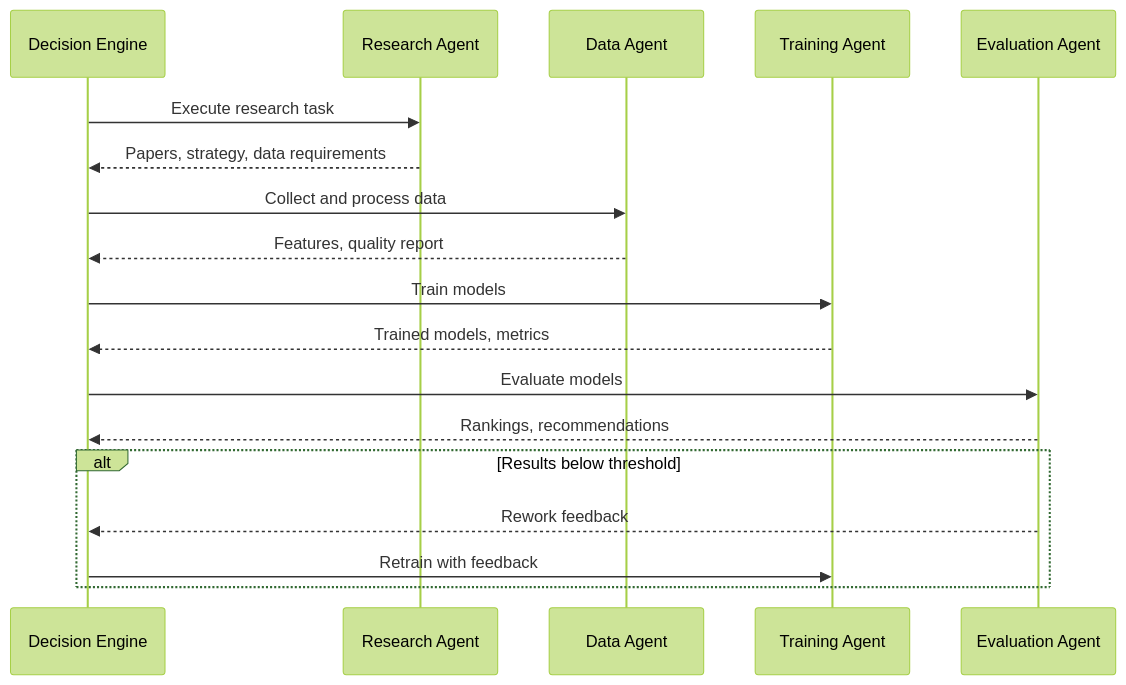
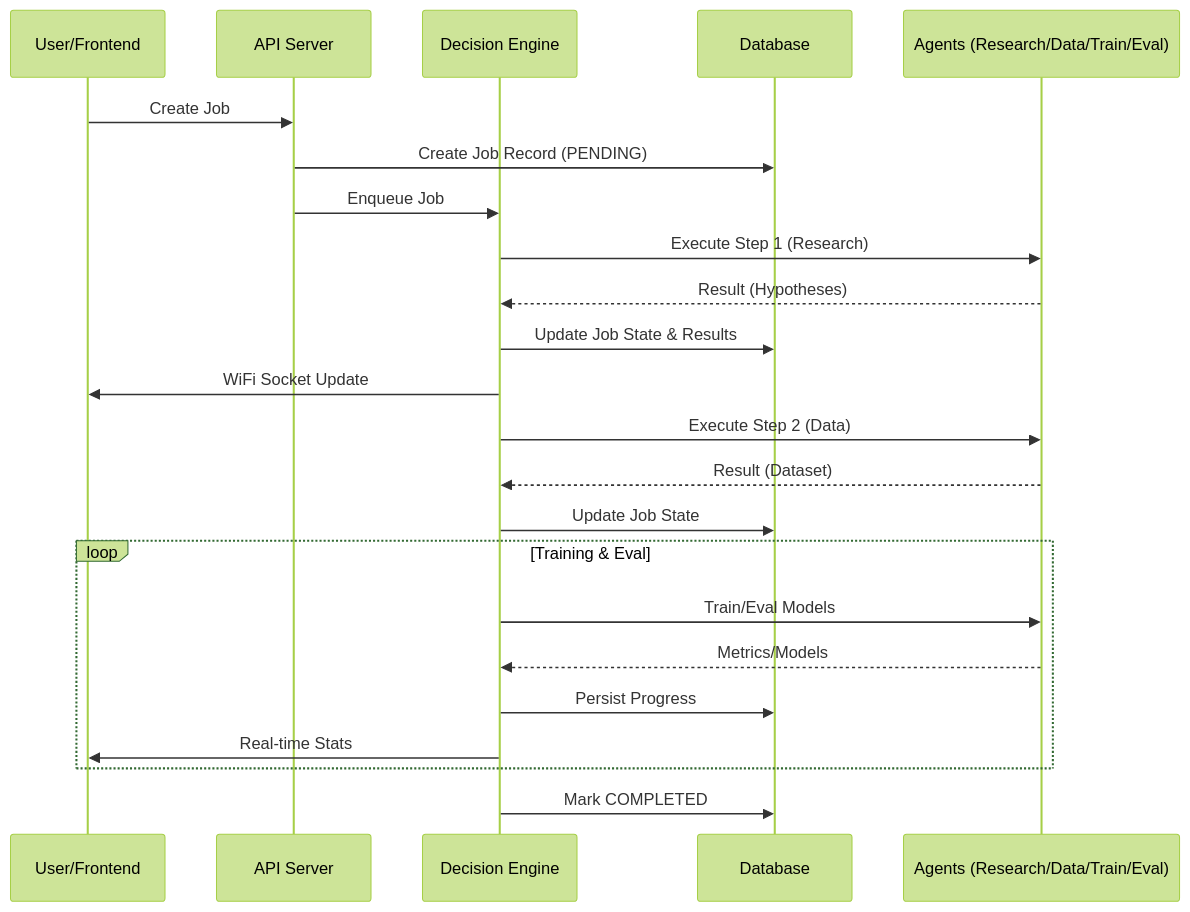
One commit to abhijithvs680/Advanced-Multi-Agent-AI-Research-Platform changed the diagram in docs/architecture.md. Above: the diagram before and after it, drawn with Mermaid (forest theme). The commit also changed other lines of this file and 33 other files, not shown here.

Commit message:
feat: Establish foundational multi-agent research assistant system with API, frontend, agents, and orchestration, and update project documentation.

````diff
--- a/docs/architecture.md
+++ b/docs/architecture.md
@@ -86,22 +70,26 @@
 ```mermaid
 sequenceDiagram
+    participant U as User/Frontend
+    participant API as API Server
     participant DE as Decision Engine
-    participant RA as Research Agent
-    participant DA as Data Agent
-    participant TA as Training Agent
-    participant EA as Evaluation Agent
+    participant DB as Database
+    participant Agents as Agents (Research/Data/Train/Eval)
 
-    DE->>RA: Execute research task
-    RA-->>DE: Papers, strategy, data requirements
-    DE->>DA: Collect and process data
-    DA-->>DE: Features, quality report
-    DE->>TA: Train models
-    TA-->>DE: Trained models, metrics
-    DE->>EA: Evaluate models
-    EA-->>DE: Rankings, recommendations
-    
-    alt Results below threshold
-        EA-->>DE: Rework feedback
-        DE->>TA: Retrain with feedback
+    U->>API: Create Job
+    API->>DB: Create Job Record (PENDING)
+    API->>DE: Enqueue Job
+    DE->>Agents: Execute Step 1 (Research)
+    Agents-->>DE: Result (Hypotheses)
+    DE->>DB: Update Job State & Results
+    DE->>U: WiFi Socket Update
+    DE->>Agents: Execute Step 2 (Data)
+    Agents-->>DE: Result (Dataset)
+    DE->>DB: Update Job State
+    loop Training & Eval
+        DE->>Agents: Train/Eval Models
+        Agents-->>DE: Metrics/Models
+        DE->>DB: Persist Progress
+        DE->>U: Real-time Stats
     end
+    DE->>DB: Mark COMPLETED
 ```
````
